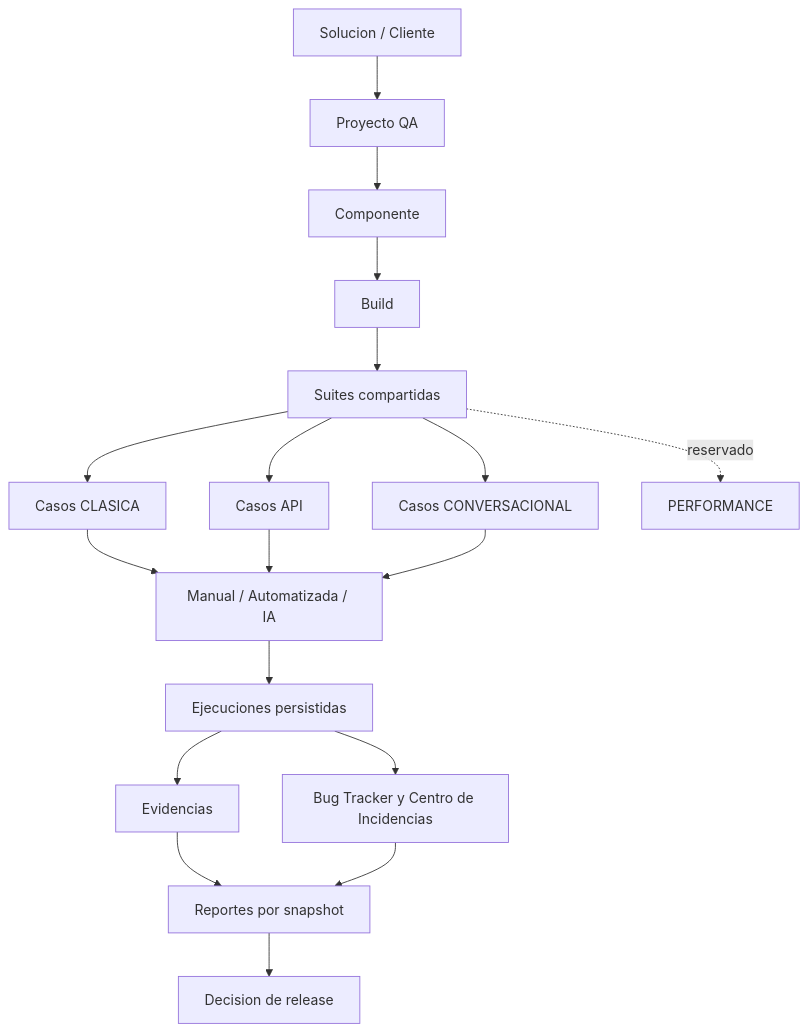
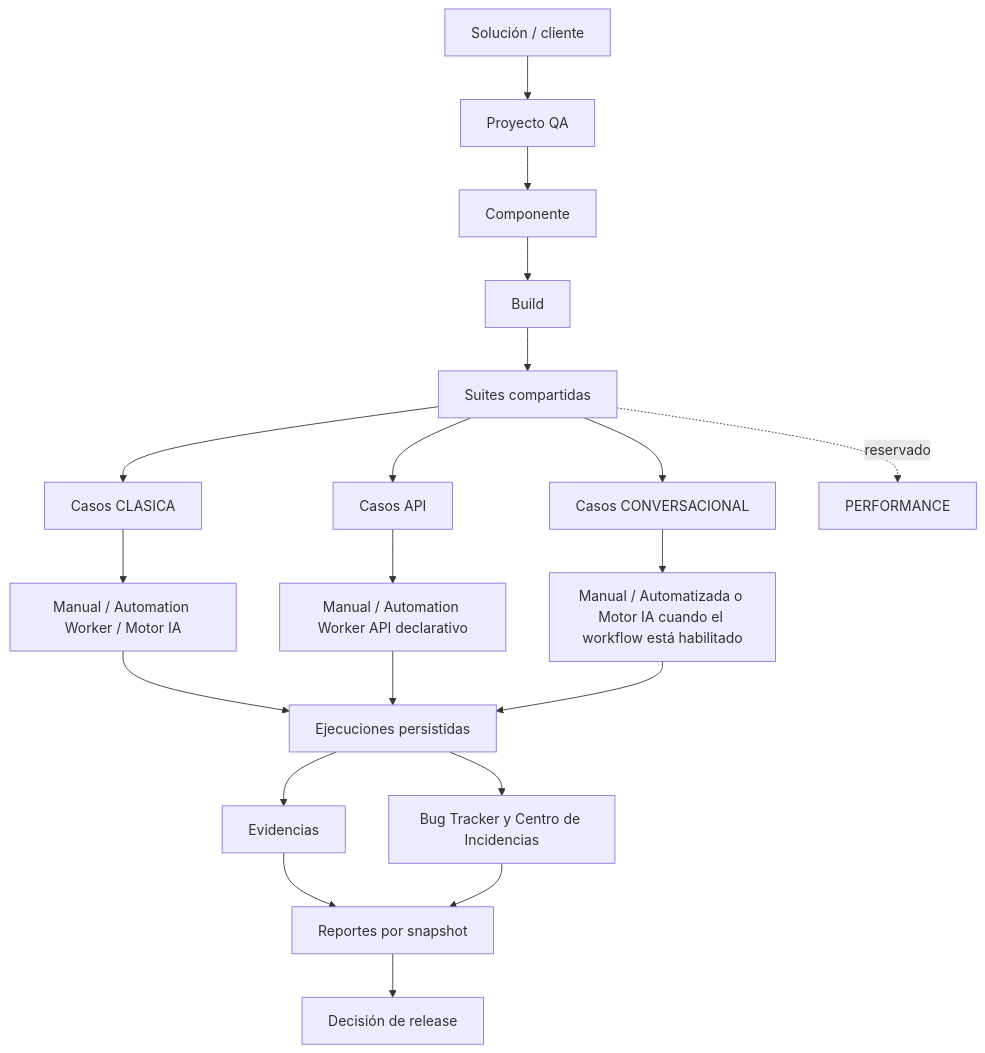
One commit to treseko/treseko-platform changed the first of 3 diagrams in README.md. Above: the diagram before and after it, drawn with Mermaid. The commit also changed other lines of this file and 220 other files, not shown here.

````diff
--- a/README.md
+++ b/README.md
@@ -98,20 +75,22 @@
 ```mermaid
 flowchart TB
-  A[Solucion / Cliente] --> B[Proyecto QA]
+  A[Solución / cliente] --> B[Proyecto QA]
   B --> C[Componente]
   C --> D[Build]
   D --> E[Suites compartidas]
   E --> FC[Casos CLASICA]
   E --> FA[Casos API]
   E --> FCH[Casos CONVERSACIONAL]
   E -. reservado .-> FP[PERFORMANCE]
-  FC --> M[Manual / Automatizada / IA]
-  FA --> M
-  FCH --> M
-  M --> X[Ejecuciones persistidas]
+  FC --> MC[Manual / Automation Worker / Motor IA]
+  FA --> MA[Manual / Automation Worker API declarativo]
+  FCH --> MCH[Manual / Automatizada o Motor IA cuando el workflow está habilitado]
+  MC --> X[Ejecuciones persistidas]
+  MA --> X
+  MCH --> X
   X --> G[Evidencias]
   X --> H[Bug Tracker y Centro de Incidencias]
   G --> I[Reportes por snapshot]
   H --> I
-  I --> J[Decision de release]
+  I --> J[Decisión de release]
 ```
````
